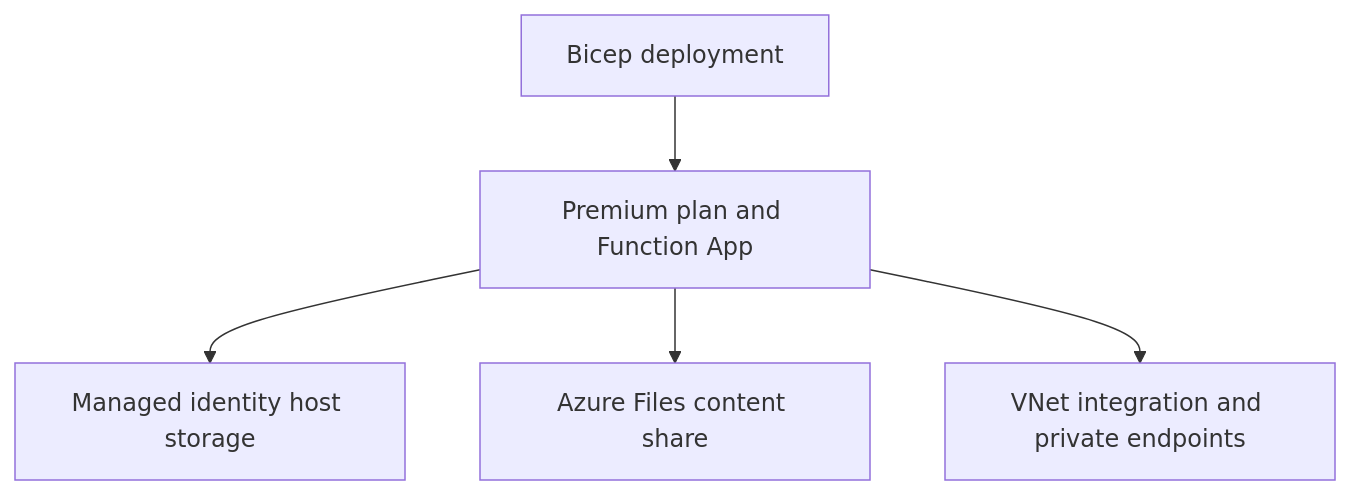
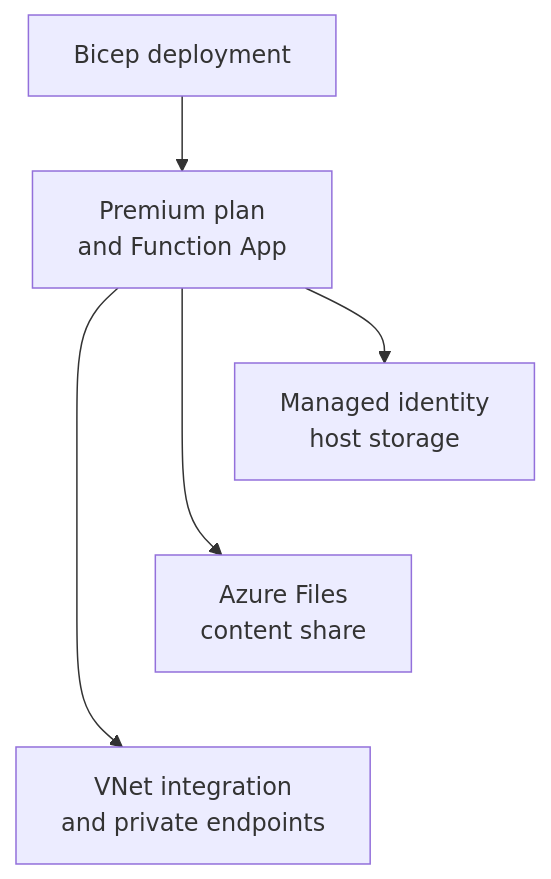
Before and after one commit to yeongseon/azure-functions-practical-guide: the second of 2 diagrams in docs/language-guides/python/tutorial/premium/05-infrastructure-as-code.md, drawn with Mermaid. The commit also changed other lines of this file and 4 other files, not shown here.

First line of the commit message:
docs(diagrams): improve Python infrastructure tutorial figures (#546)

````diff
--- a/docs/language-guides/python/tutorial/premium/05-infrastructure-as-code.md
+++ b/docs/language-guides/python/tutorial/premium/05-infrastructure-as-code.md
@@ -111,7 +134,12 @@
 ```mermaid
 flowchart TD
-    A[Bicep deployment] --> B[Premium plan and Function App]
-    B --> C[Managed identity host storage]
-    B --> D[Azure Files content share]
-    B --> E[VNet integration and private endpoints]
+    accTitle: Python Premium Bicep resource and configuration map
+    accDescr: The example defines a Premium plan and app, identity-based host storage, a Files content share and private networking. These are configuration associations, not a serial resource-creation trace or deployment proof; ARM resolves dependencies and can deploy independent resources in parallel.
+    A[Bicep deployment] --> B["Premium plan<br/>and Function App"]
+    B --> C["Managed identity<br/>host storage"]
+    B --> D["Azure Files<br/>content share"]
+    B --> E["VNet integration<br/>and private endpoints"]
+    %% Layout-only tiers; add no provisioning dependency or visible arrow.
+    C ~~~ D
+    D ~~~ E
 ```
````
